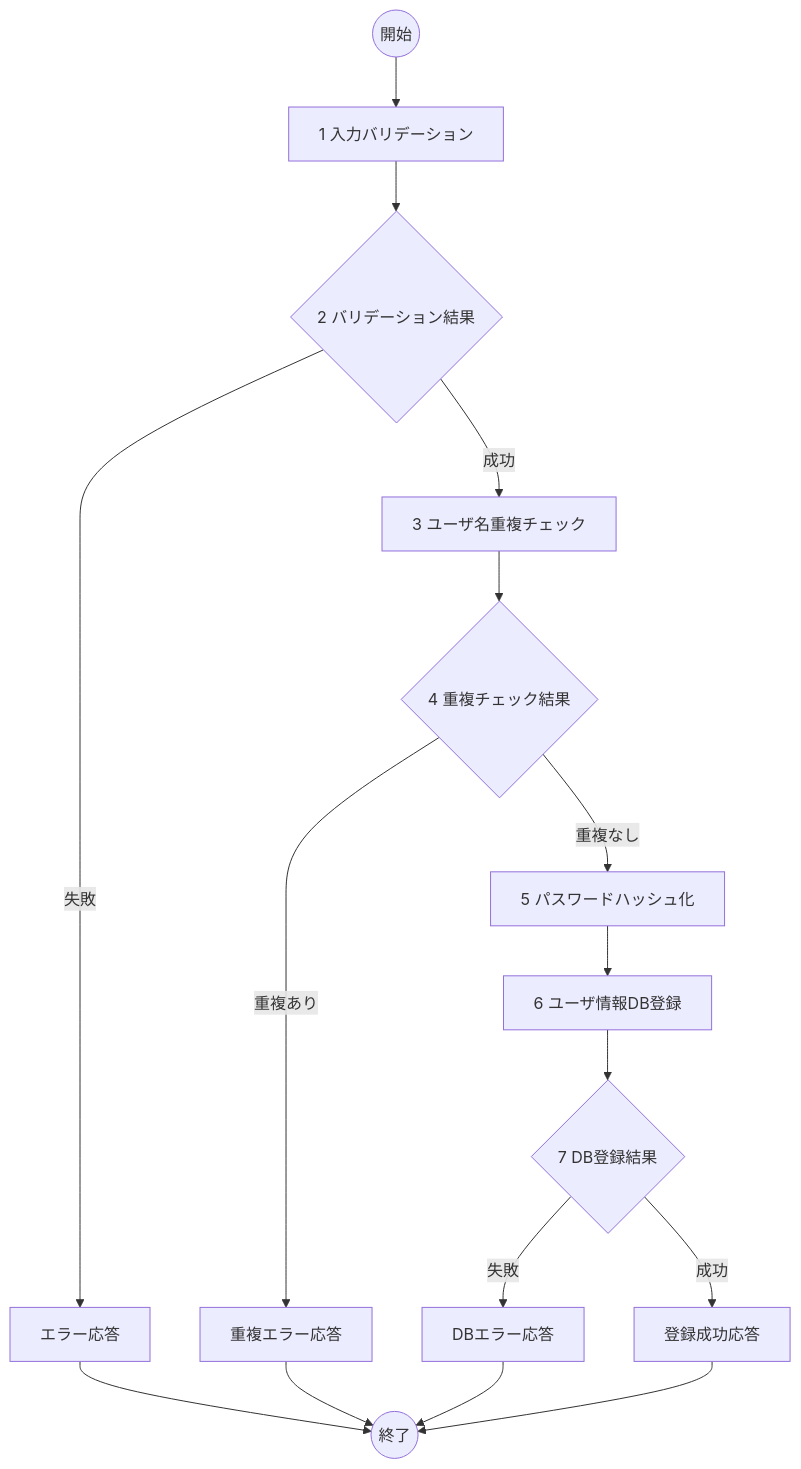
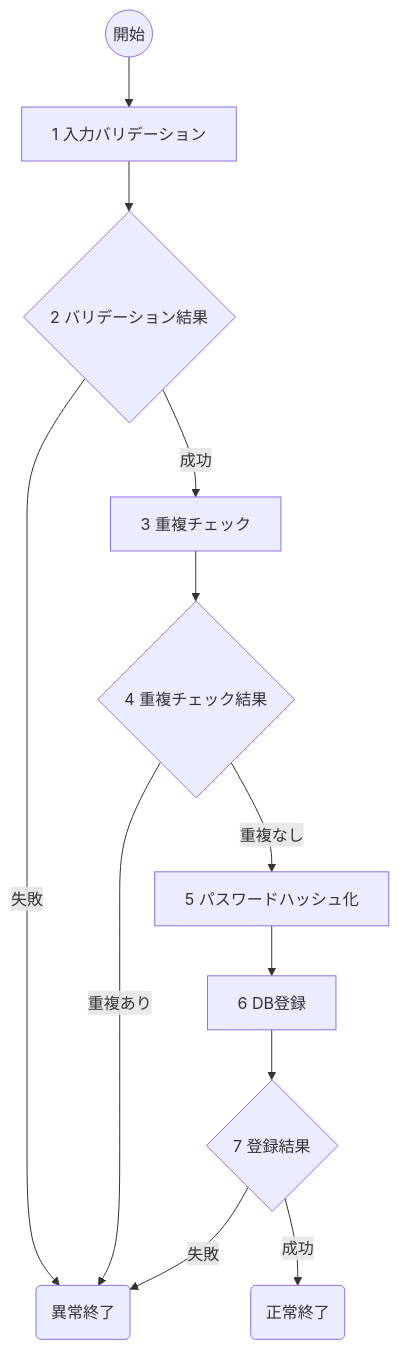
One commit to HatoriIchigo/C3-cli-full changed the second of 2 diagrams in sample/detail/func/ユーザ登録.U01.md. Above: the diagram before and after it, drawn with Mermaid. The commit also changed other lines of this file and 31 other files, not shown here.

````diff
--- a/sample/detail/func/ユーザ登録.U01.md
+++ b/sample/detail/func/ユーザ登録.U01.md
@@ -37,18 +30,14 @@
 ```mermaid
 graph TD;
-    Start((開始)) --> InputValidation[1 入力バリデーション];
-    InputValidation --> ValidationResult{2 バリデーション結果};
-    ValidationResult -- 失敗 --> ValidationError[エラー応答];
-    ValidationResult -- 成功 --> UserExistCheck[3 ユーザ名重複チェック];
-    UserExistCheck --> ExistResult{4 重複チェック結果};
-    ExistResult -- 重複あり --> DuplicationError[重複エラー応答];
-    ExistResult -- 重複なし --> PasswordHash[5 パスワードハッシュ化];
-    PasswordHash --> UserInsert[6 ユーザ情報DB登録];
-    UserInsert --> InsertResult{7 DB登録結果};
-    InsertResult -- 失敗 --> DatabaseError[DBエラー応答];
-    InsertResult -- 成功 --> Success[登録成功応答];
-    ValidationError --> End((終了));
-    DuplicationError --> End;
-    DatabaseError --> End;
-    Success --> End;
+    Start((開始)) --> Validation[1 入力バリデーション];
+    Validation --> ValResult{2 バリデーション結果};
+    ValResult -- 失敗 --> Fail(異常終了);
+    ValResult -- 成功 --> DupCheck[3 重複チェック];
+    DupCheck --> DupResult{4 重複チェック結果};
+    DupResult -- 重複あり --> Fail;
+    DupResult -- 重複なし --> HashPass[5 パスワードハッシュ化];
+    HashPass --> DBInsert[6 DB登録];
+    DBInsert --> DBResult{7 登録結果};
+    DBResult -- 失敗 --> Fail;
+    DBResult -- 成功 --> Success(正常終了);
 ```
````
